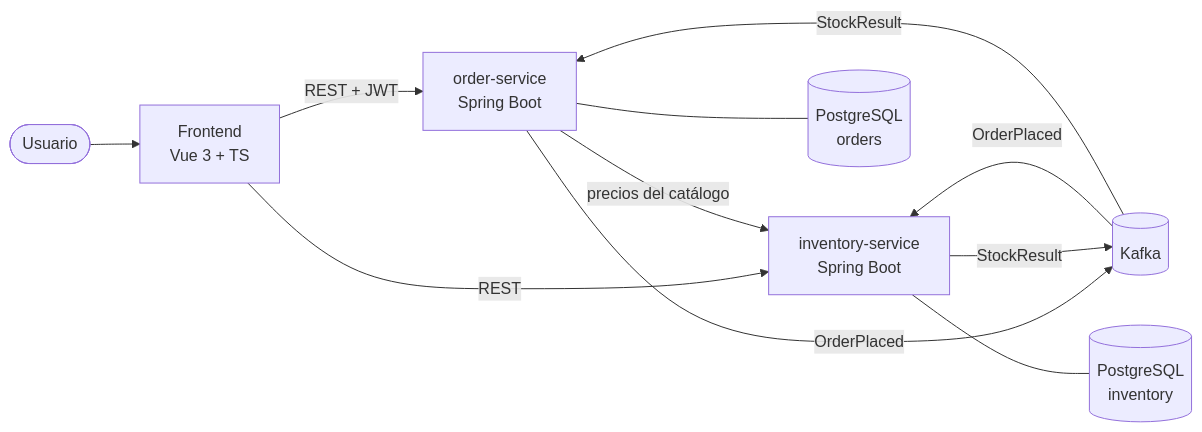
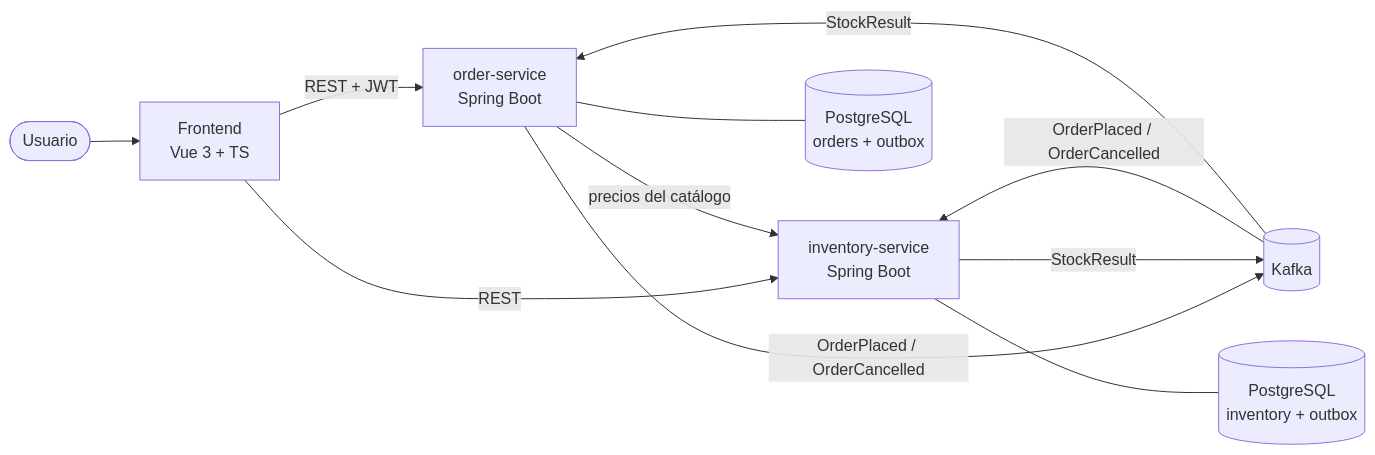
Before and after one commit to byVik/orderflow: the first of 2 diagrams in README.md, drawn with Mermaid. The commit also changed other lines of this file and 98 other files, not shown here.

First line of the commit message:
feat: Implement transactional outbox pattern and enhance order management

````diff
--- a/README.md
+++ b/README.md
@@ -21,13 +28,13 @@
 ```mermaid
 flowchart LR
     U([Usuario]) --> FE[Frontend<br/>Vue 3 + TS]
     FE -- REST + JWT --> OS[order-service<br/>Spring Boot]
     FE -- REST --> IS[inventory-service<br/>Spring Boot]
     OS -- precios del catálogo --> IS
-    OS -- OrderPlaced --> K[(Kafka)]
-    K -- OrderPlaced --> IS
+    OS -- OrderPlaced / OrderCancelled --> K[(Kafka)]
+    K -- OrderPlaced / OrderCancelled --> IS
     IS -- StockResult --> K
     K -- StockResult --> OS
-    OS --- DB1[(PostgreSQL<br/>orders)]
-    IS --- DB2[(PostgreSQL<br/>inventory)]
+    OS --- DB1[(PostgreSQL<br/>orders + outbox)]
+    IS --- DB2[(PostgreSQL<br/>inventory + outbox)]
 ```
````
